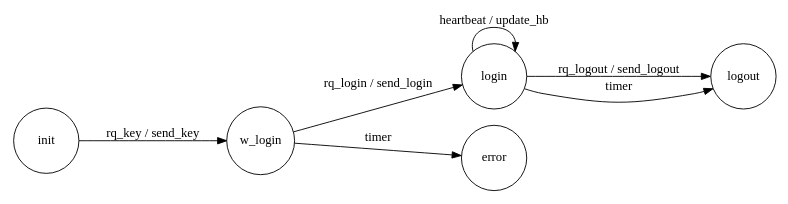
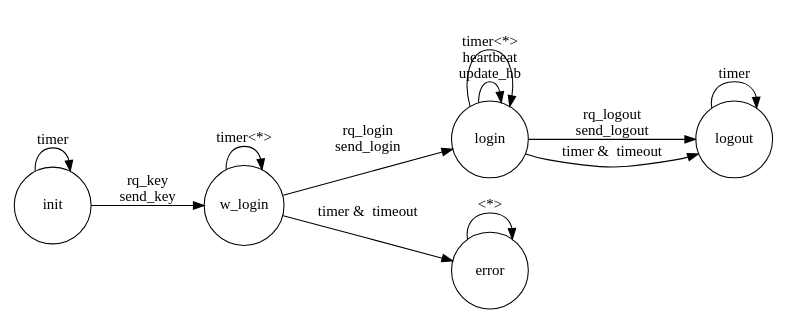
The diagram in cpp_test/fsm/login.dot (jleahred/fsm_gen), drawn with Graphviz before and after one commit. The commit also changed 6 other files, not shown here.

```diff
--- a/cpp_test/fsm/login.dot
+++ b/cpp_test/fsm/login.dot
@@ -1,34 +1,22 @@
 
-//  generated automatically  2020-11-23 08:56:26
+//  generated automatically  2020-12-10 10:55:01
 
 digraph finite_state_machine {
     rankdir=LR;
     size="8,5"
     node [shape = circle, width=1];
 
 
-    
-    init -> w_login [label="rq_key / send_key"]
-    
-    
-    
-    w_login -> login [label="rq_login / send_login"]
-    
-    
-    w_login -> error [label="timer"]
-    
-    
-    
-    login -> logout [label="rq_logout / send_logout"]
-    
-    
-    login -> login [label="heartbeat / update_hb"]
-    
-    
-    login -> logout [label="timer"]
-    
-    
-    
-    
+    init -> w_login [label="rq_key \n send_key"]
+    init -> init [label="timer"]
+    w_login -> login [label="rq_login \n send_login"]
+    w_login -> error [label="timer &  timeout"]
+    w_login -> w_login [label="timer<*>"]
+    login -> logout [label="rq_logout \n send_logout"]
+    login -> login [label="heartbeat \n update_hb"]
+    login -> logout [label="timer &  timeout"]
+    login -> login [label="timer<*>"]
+    logout -> logout [label="timer"]
+    error -> error [label="<*>"]
 
 }
```
